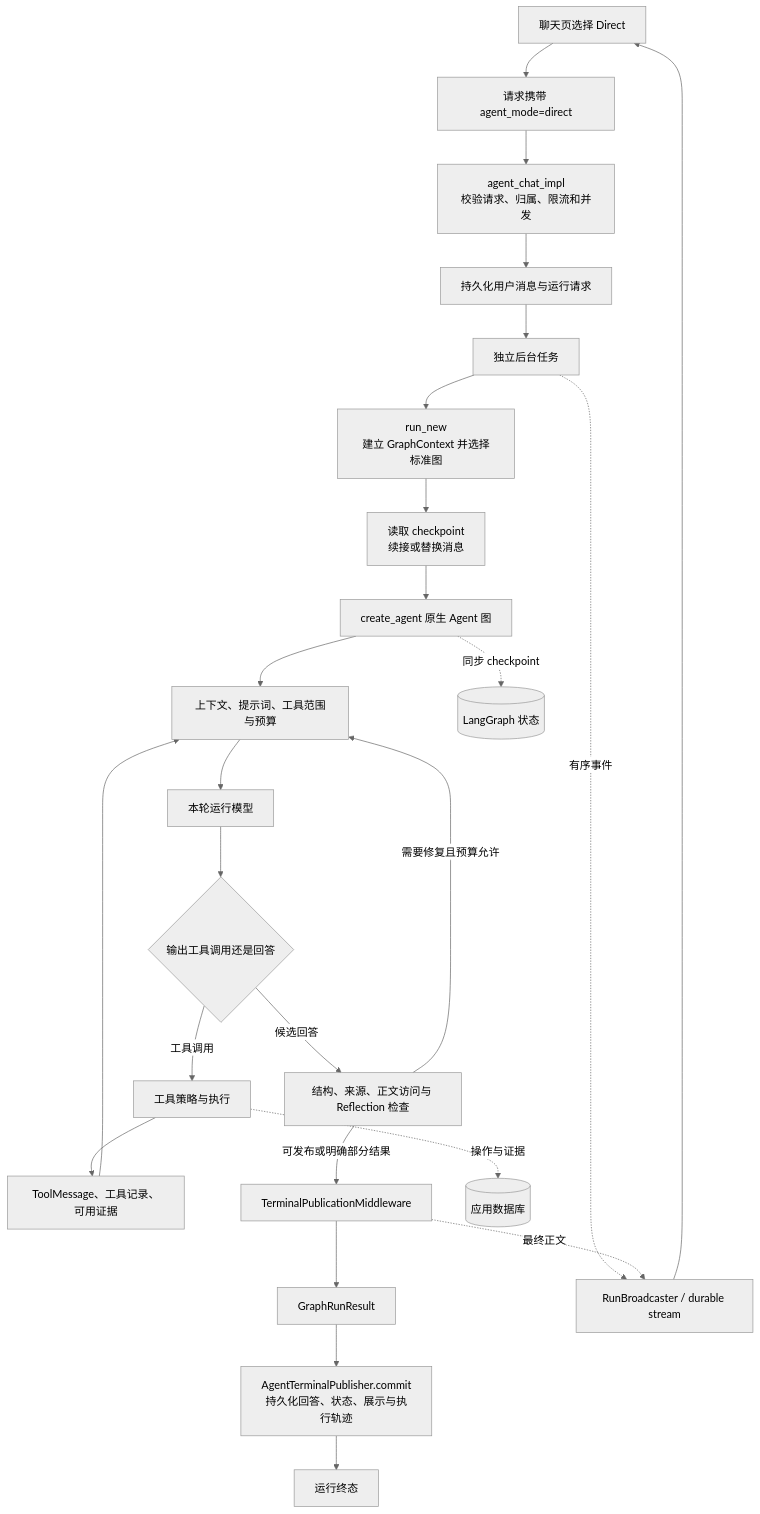
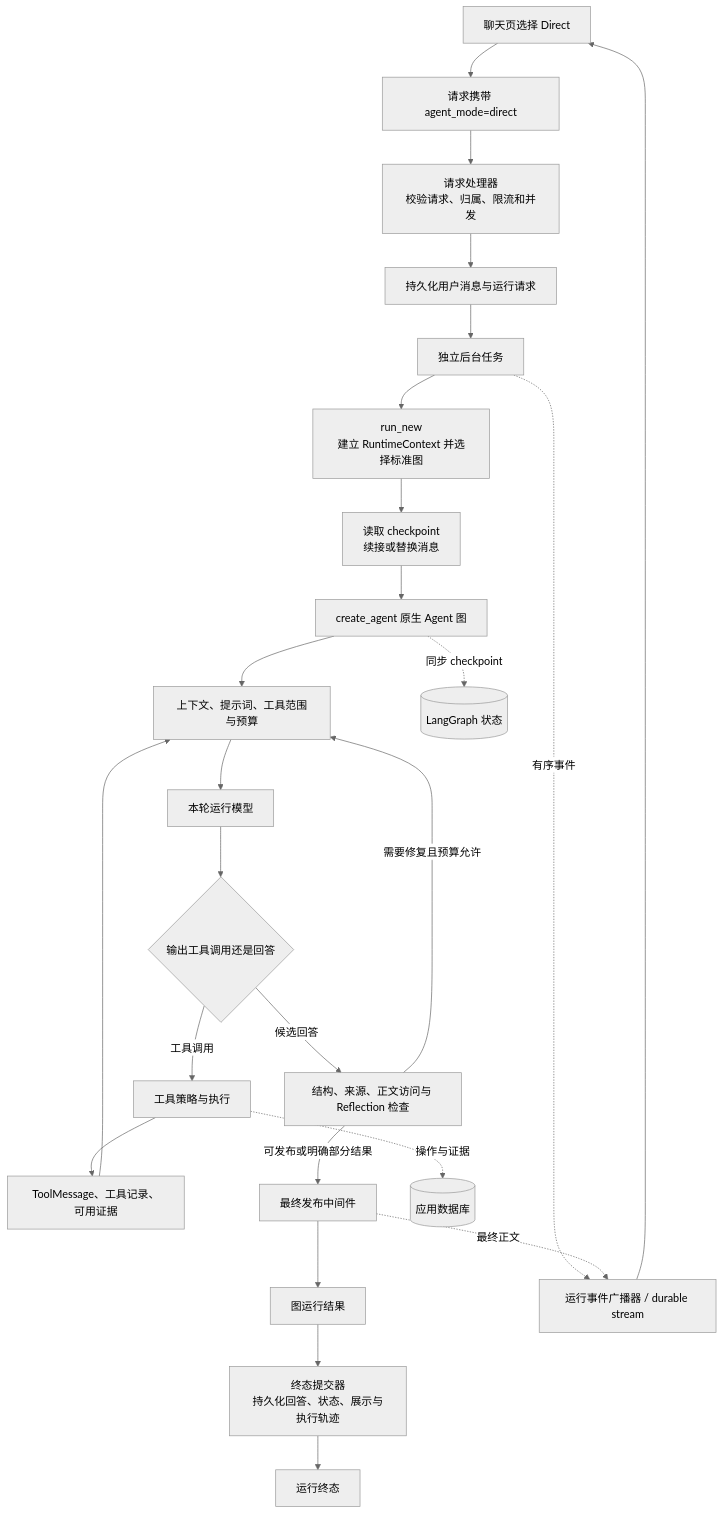
Before and after one commit to qzruncode/accumulation: the first of 3 diagrams in agent/direct.md, drawn with Mermaid (neutral theme). The commit also changed other lines of this file, not shown here.

````diff
--- a/agent/direct.md
+++ b/agent/direct.md
@@ -16,27 +13,27 @@
 ```mermaid
 flowchart TD
     UI[聊天页选择 Direct] --> Req[请求携带 agent_mode=direct]
-    Req --> API[agent_chat_impl<br/>校验请求、归属、限流和并发]
+    Req --> API[请求处理器<br/>校验请求、归属、限流和并发]
     API --> Save[持久化用户消息与运行请求]
     Save --> BG[独立后台任务]
-    BG --> RT[run_new<br/>建立 GraphContext 并选择标准图]
+    BG --> RT[run_new<br/>建立 RuntimeContext 并选择标准图]
     RT --> Hist[读取 checkpoint<br/>续接或替换消息]
     Hist --> Graph[create_agent 原生 Agent 图]
     Graph --> Pre[上下文、提示词、工具范围与预算]
     Pre --> Model[本轮运行模型]
     Model --> Policy{输出工具调用还是回答}
     Policy -->|工具调用| Tools[工具策略与执行]
     Tools --> Obs[ToolMessage、工具记录、可用证据]
     Obs --> Pre
     Policy -->|候选回答| Check[结构、来源、正文访问与 Reflection 检查]
     Check -->|需要修复且预算允许| Pre
-    Check -->|可发布或明确部分结果| Pub[TerminalPublicationMiddleware]
-    Pub --> Result[GraphRunResult]
-    Result --> Commit[AgentTerminalPublisher.commit<br/>持久化回答、状态、展示与执行轨迹]
+    Check -->|可发布或明确部分结果| Pub[最终发布中间件]
+    Pub --> Result[图运行结果]
+    Result --> Commit[终态提交器<br/>持久化回答、状态、展示与执行轨迹]
     Commit --> End[运行终态]
     Graph -. 同步 checkpoint .-> CP[(LangGraph 状态)]
     Tools -. 操作与证据 .-> DB[(应用数据库)]
-    BG -. 有序事件 .-> Stream[RunBroadcaster / durable stream]
+    BG -. 有序事件 .-> Stream[运行事件广播器 / durable stream]
     Pub -. 最终正文 .-> Stream
     Stream --> UI
 ```
````
